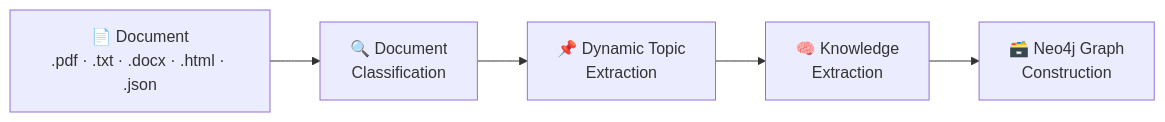
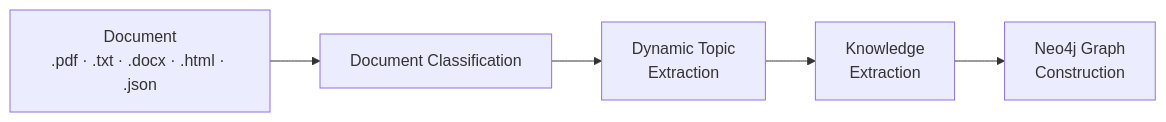
One commit to jessicabat/market-foundry changed the diagram in README.md. Above: the diagram before and after it, drawn with Mermaid. The commit also changed other lines of this file, not shown here.

Commit message:
readme updates

````diff
--- a/README.md
+++ b/README.md
@@ -40,7 +41,7 @@
 ```mermaid
 flowchart LR
-    A["📄 Document\n.pdf · .txt · .docx · .html · .json"] --> B["🔍 Document\nClassification"]
-    B --> C["📌 Dynamic Topic\nExtraction"]
-    C --> D["🧠 Knowledge\nExtraction"]
-    D --> E["🗃️ Neo4j Graph\nConstruction"]
+    A["Document<br/>.pdf · .txt · .docx · .html · .json"] --> B["Document Classification"]
+    B --> C["Dynamic Topic<br/>Extraction"]
+    C --> D["Knowledge<br/>Extraction"]
+    D --> E["Neo4j Graph<br/>Construction"]
 ```
````
